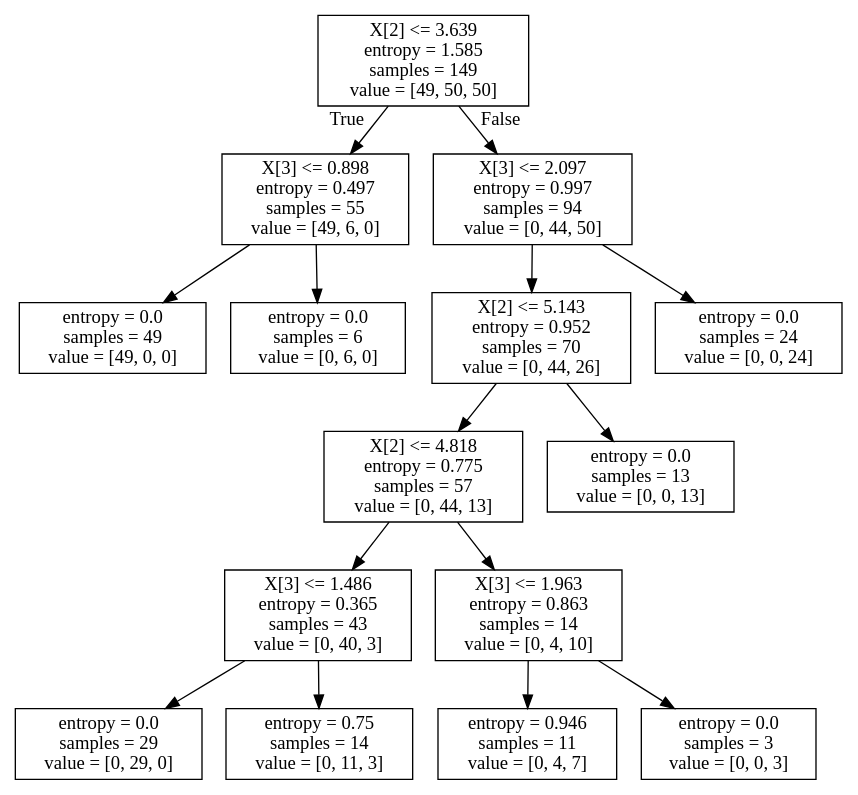
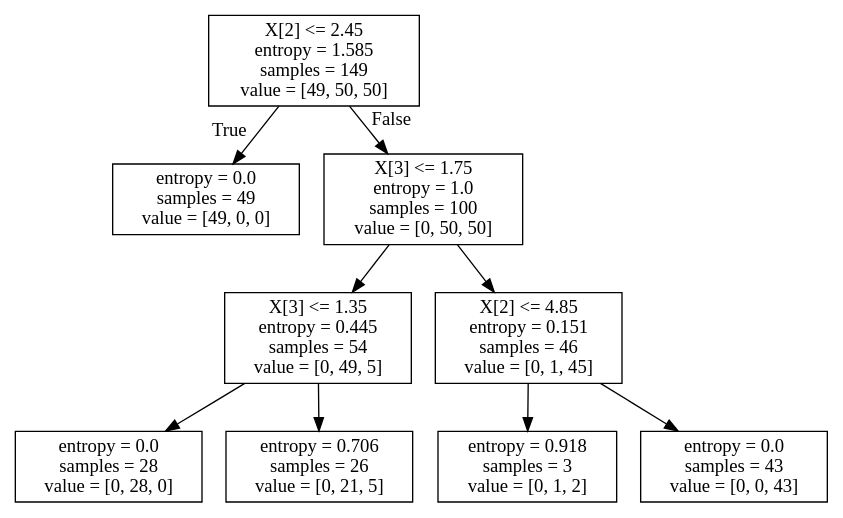
Before and after one commit to tangledpuzzle/Feat-Fly-Bark-Production: the diagram in example-data-science-notebook/iris_dtc.dot, drawn with Graphviz. The commit also changed 1 other file, not shown here.

```diff
--- a/example-data-science-notebook/iris_dtc.dot
+++ b/example-data-science-notebook/iris_dtc.dot
@@ -1,32 +1,20 @@
 digraph Tree {
 node [shape=box] ;
-0 [label="X[2] <= 3.639\nentropy = 1.585\nsamples = 149\nvalue = [49, 50, 50]"] ;
-1 [label="X[3] <= 0.898\nentropy = 0.497\nsamples = 55\nvalue = [49, 6, 0]"] ;
+0 [label="X[2] <= 2.45\nentropy = 1.585\nsamples = 149\nvalue = [49, 50, 50]"] ;
+1 [label="entropy = 0.0\nsamples = 49\nvalue = [49, 0, 0]"] ;
 0 -> 1 [labeldistance=2.5, labelangle=45, headlabel="True"] ;
-2 [label="entropy = 0.0\nsamples = 49\nvalue = [49, 0, 0]"] ;
-1 -> 2 ;
-3 [label="entropy = 0.0\nsamples = 6\nvalue = [0, 6, 0]"] ;
-1 -> 3 ;
-4 [label="X[3] <= 2.097\nentropy = 0.997\nsamples = 94\nvalue = [0, 44, 50]"] ;
-0 -> 4 [labeldistance=2.5, labelangle=-45, headlabel="False"] ;
-5 [label="X[2] <= 5.143\nentropy = 0.952\nsamples = 70\nvalue = [0, 44, 26]"] ;
-4 -> 5 ;
-6 [label="X[2] <= 4.818\nentropy = 0.775\nsamples = 57\nvalue = [0, 44, 13]"] ;
-5 -> 6 ;
-7 [label="X[3] <= 1.486\nentropy = 0.365\nsamples = 43\nvalue = [0, 40, 3]"] ;
+2 [label="X[3] <= 1.75\nentropy = 1.0\nsamples = 100\nvalue = [0, 50, 50]"] ;
+0 -> 2 [labeldistance=2.5, labelangle=-45, headlabel="False"] ;
+3 [label="X[3] <= 1.35\nentropy = 0.445\nsamples = 54\nvalue = [0, 49, 5]"] ;
+2 -> 3 ;
+4 [label="entropy = 0.0\nsamples = 28\nvalue = [0, 28, 0]"] ;
+3 -> 4 ;
+5 [label="entropy = 0.706\nsamples = 26\nvalue = [0, 21, 5]"] ;
+3 -> 5 ;
+6 [label="X[2] <= 4.85\nentropy = 0.151\nsamples = 46\nvalue = [0, 1, 45]"] ;
+2 -> 6 ;
+7 [label="entropy = 0.918\nsamples = 3\nvalue = [0, 1, 2]"] ;
 6 -> 7 ;
-8 [label="entropy = 0.0\nsamples = 29\nvalue = [0, 29, 0]"] ;
-7 -> 8 ;
-9 [label="entropy = 0.75\nsamples = 14\nvalue = [0, 11, 3]"] ;
-7 -> 9 ;
-10 [label="X[3] <= 1.963\nentropy = 0.863\nsamples = 14\nvalue = [0, 4, 10]"] ;
-6 -> 10 ;
-11 [label="entropy = 0.946\nsamples = 11\nvalue = [0, 4, 7]"] ;
-10 -> 11 ;
-12 [label="entropy = 0.0\nsamples = 3\nvalue = [0, 0, 3]"] ;
-10 -> 12 ;
-13 [label="entropy = 0.0\nsamples = 13\nvalue = [0, 0, 13]"] ;
-5 -> 13 ;
-14 [label="entropy = 0.0\nsamples = 24\nvalue = [0, 0, 24]"] ;
-4 -> 14 ;
+8 [label="entropy = 0.0\nsamples = 43\nvalue = [0, 0, 43]"] ;
+6 -> 8 ;
 }
```
